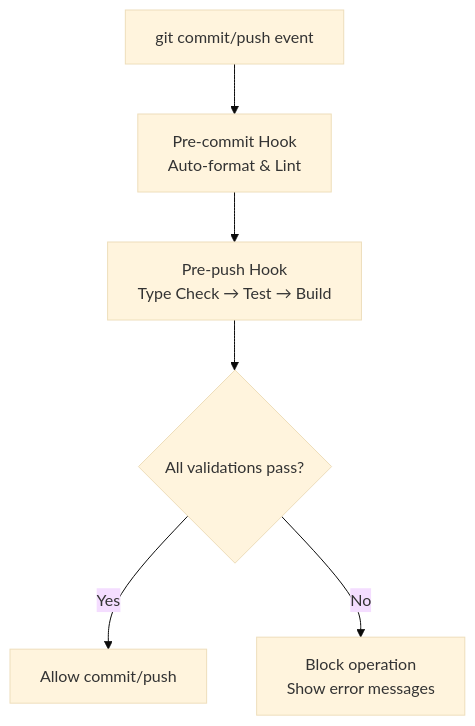
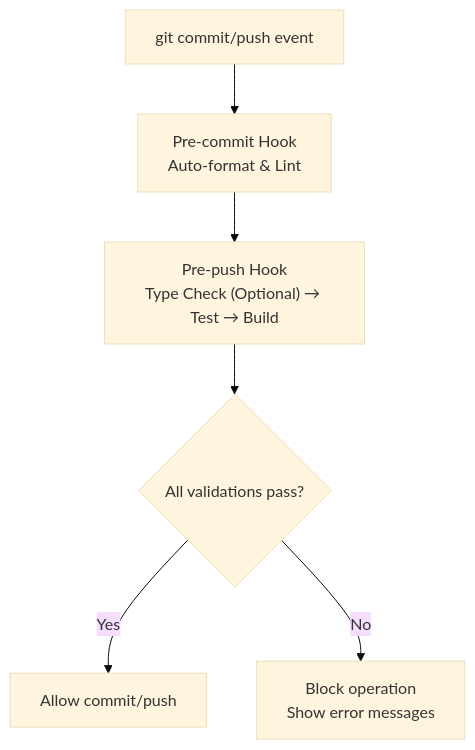
The tenth of 11 diagrams in .qoder/repowiki/en/content/Core Architecture/Build Configuration/Build Configuration.md (DoVuDung/cv-portfolio-builder), drawn with Mermaid (base theme) before and after one commit. The commit also changed other lines of this file and 6 other files, not shown here.

````diff
--- a/.qoder/repowiki/en/content/Core Architecture/Build Configuration/Build Configuration.md
+++ b/.qoder/repowiki/en/content/Core Architecture/Build Configuration/Build Configuration.md
@@ -436,8 +473,8 @@
 ```mermaid
 flowchart TD
 CommitEvent["git commit/push event"] --> PreCommit["Pre-commit Hook<br/>Auto-format & Lint"]
-PreCommit --> PrePush["Pre-push Hook<br/>Type Check → Test → Build"]
+PreCommit --> PrePush["Pre-push Hook<br/>Type Check (Optional) → Test → Build"]
 PrePush --> Validation{"All validations pass?"}
 Validation --> |Yes| Allow["Allow commit/push"]
 Validation --> |No| Block["Block operation<br/>Show error messages"]
 ```
````
